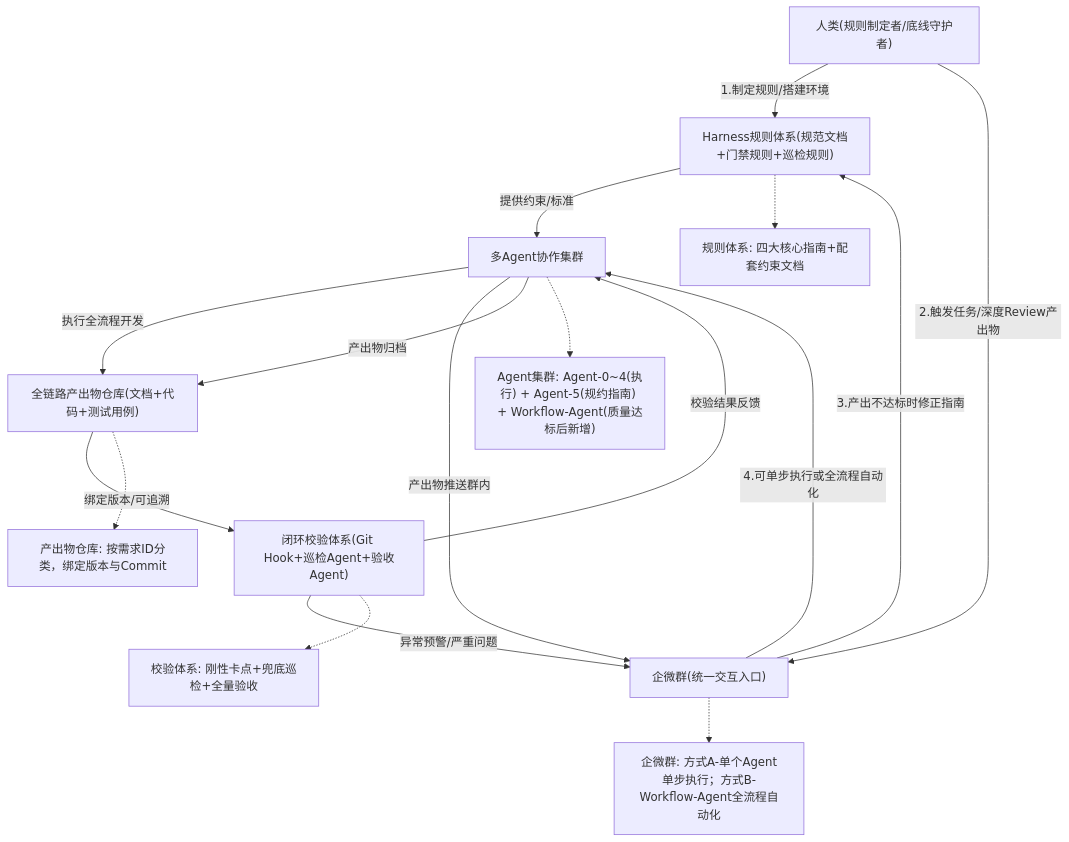
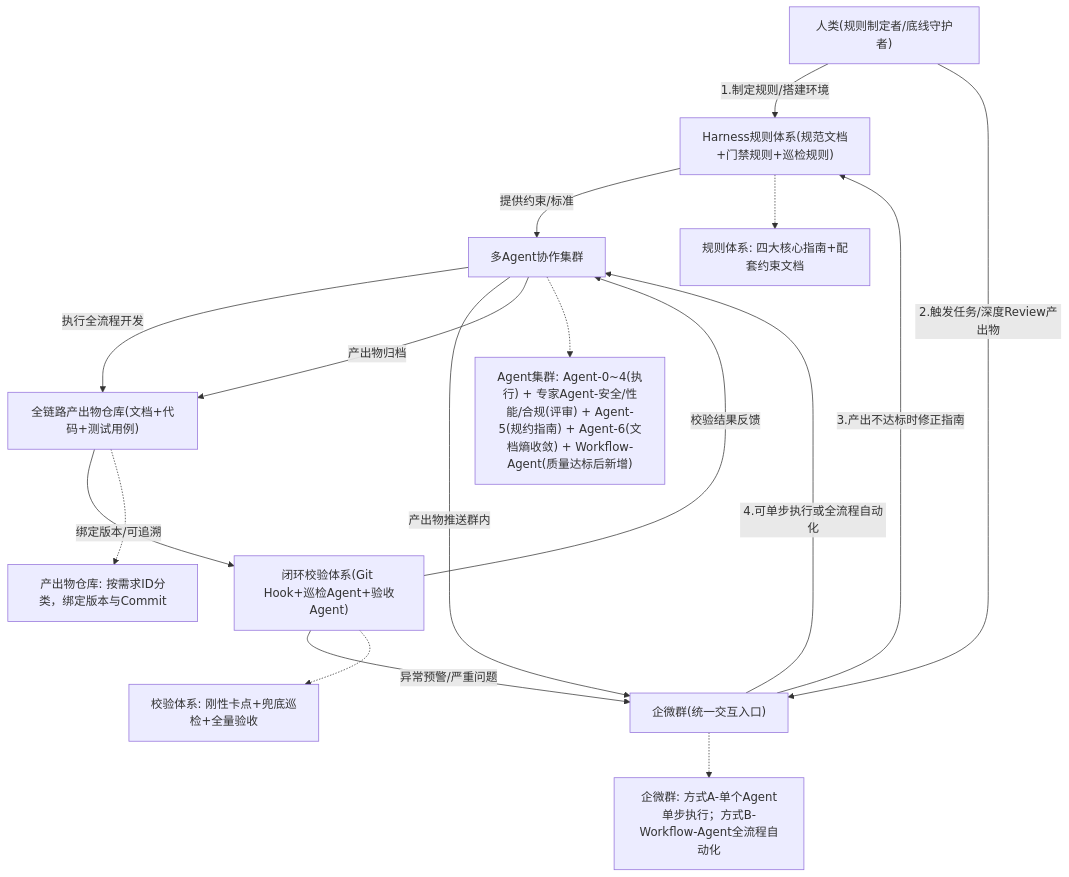
Before and after one commit to nomand-zc/agent-harness-engineering: the diagram in docs/overview.md, drawn with Mermaid. The commit also changed other lines of this file and 6 other files, not shown here.

````diff
--- a/docs/overview.md
+++ b/docs/overview.md
@@ -34,26 +34,26 @@
 ```mermaid
 graph TD
     A["人类(规则制定者/底线守护者)"] -->|"1.制定规则/搭建环境"| B["Harness规则体系(规范文档+门禁规则+巡检规则)"]
     A -->|"2.触发任务/深度Review产出物"| F["企微群(统一交互入口)"]
     F -->|"3.产出不达标时修正指南"| B
     F -->|"4.可单步执行或全流程自动化"| C["多Agent协作集群"]
     B -->|"提供约束/标准"| C
     C -->|"执行全流程开发"| D["全链路产出物仓库(文档+代码+测试用例)"]
     C -->|"产出物推送群内"| F
     D -->|"绑定版本/可追溯"| E["闭环校验体系(Git Hook+巡检Agent+验收Agent)"]
     E -->|"校验结果反馈"| C
     E -->|"异常预警/严重问题"| F
     C -->|"产出物归档"| D
 
     note1["规则体系: 四大核心指南+配套约束文档"]
-    note2["Agent集群: Agent-0~4(执行) + Agent-5(规约指南) + Workflow-Agent(质量达标后新增)"]
+    note2["Agent集群: Agent-0~4(执行) + 专家Agent-安全/性能/合规(评审) + Agent-5(规约指南) + Agent-6(文档熵收敛) + Workflow-Agent(质量达标后新增)"]
     note3["产出物仓库: 按需求ID分类，绑定版本与Commit"]
     note4["校验体系: 刚性卡点+兜底巡检+全量验收"]
     note5["企微群: 方式A-单个Agent单步执行；方式B-Workflow-Agent全流程自动化"]
 
     B -.-> note1
     C -.-> note2
     D -.-> note3
     E -.-> note4
     F -.-> note5
 ```
````
